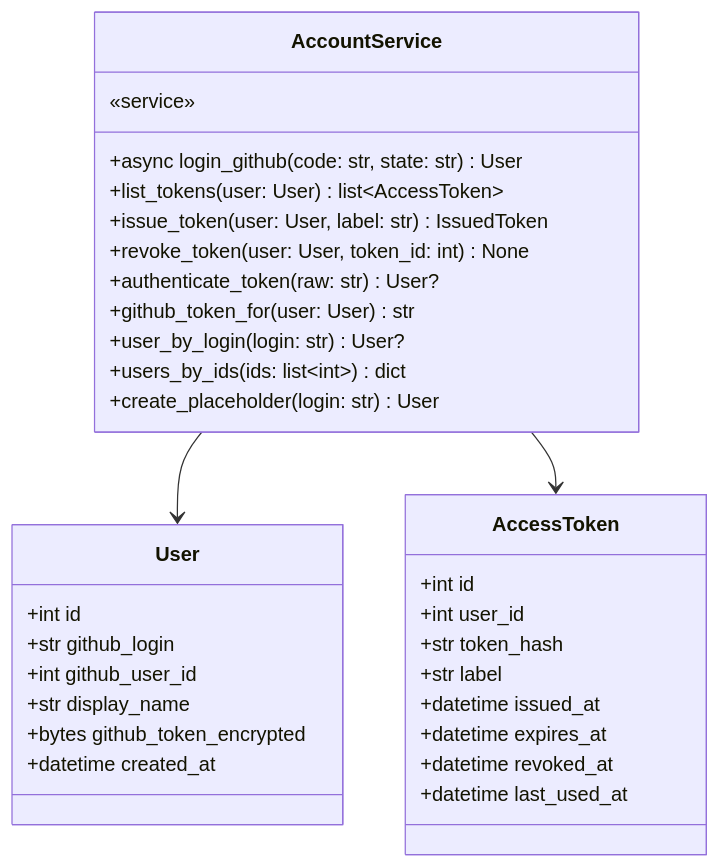
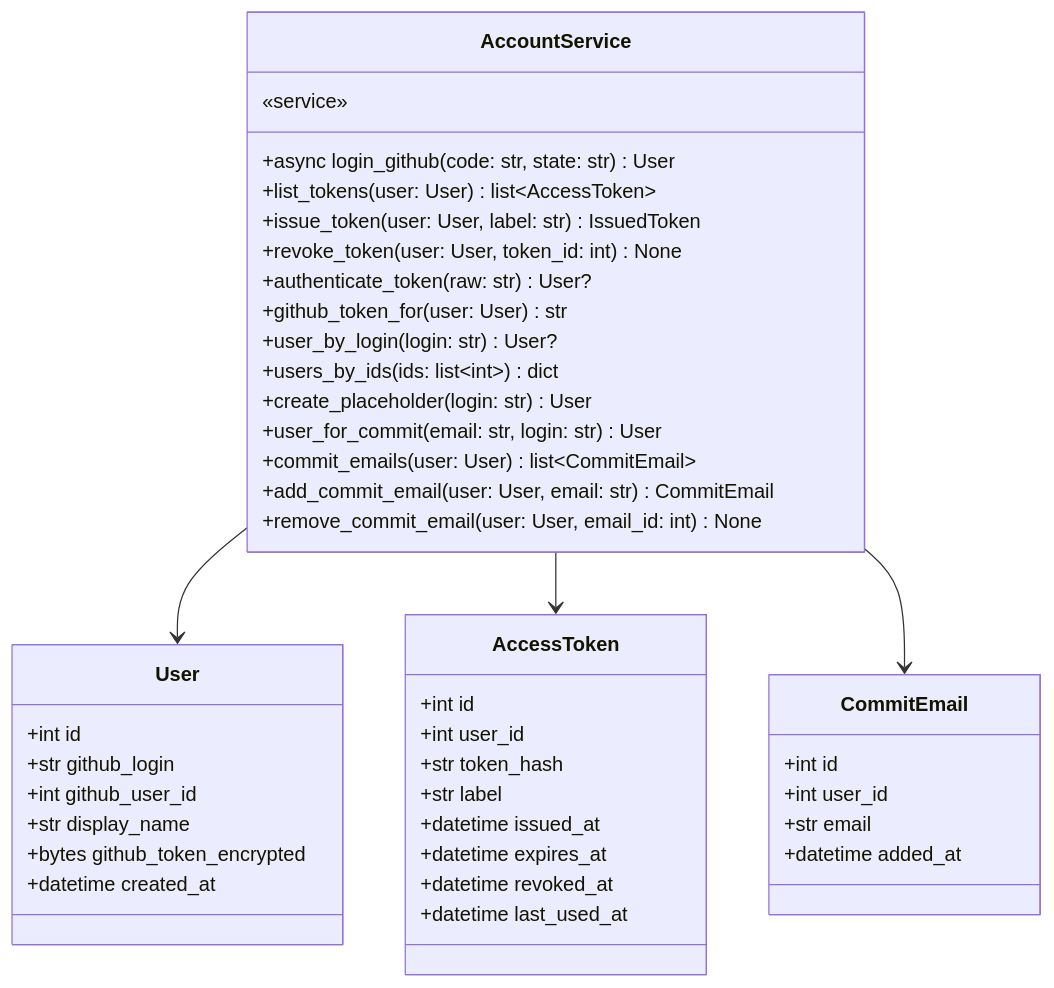
Diagram 21 of 21 in docs/specs/06-DOM/SYNC-DOM-002.md (HoyoungParkme/syncdoc), drawn with Mermaid before and after one commit. The commit also changed other lines of this file and 2 other files, not shown here.

````diff
--- a/docs/specs/06-DOM/SYNC-DOM-002.md
+++ b/docs/specs/06-DOM/SYNC-DOM-002.md
@@ -860,35 +881,46 @@
 ```mermaid
 classDiagram
     class AccountService {
         «service»
         +async login_github(code: str, state: str) User
         +list_tokens(user: User) list~AccessToken~
         +issue_token(user: User, label: str) IssuedToken
         +revoke_token(user: User, token_id: int) None
         +authenticate_token(raw: str) User?
         +github_token_for(user: User) str
         +user_by_login(login: str) User?
         +users_by_ids(ids: list~int~) dict
         +create_placeholder(login: str) User
+        +user_for_commit(email: str, login: str) User
+        +commit_emails(user: User) list~CommitEmail~
+        +add_commit_email(user: User, email: str) CommitEmail
+        +remove_commit_email(user: User, email_id: int) None
     }
     class User {
         +int id
         +str github_login
         +int github_user_id
         +str display_name
         +bytes github_token_encrypted
         +datetime created_at
     }
     class AccessToken {
         +int id
         +int user_id
         +str token_hash
         +str label
         +datetime issued_at
         +datetime expires_at
         +datetime revoked_at
         +datetime last_used_at
     }
+    class CommitEmail {
+        +int id
+        +int user_id
+        +str email
+        +datetime added_at
+    }
     AccountService --> User
     AccountService --> AccessToken
+    AccountService --> CommitEmail
 ```
````
